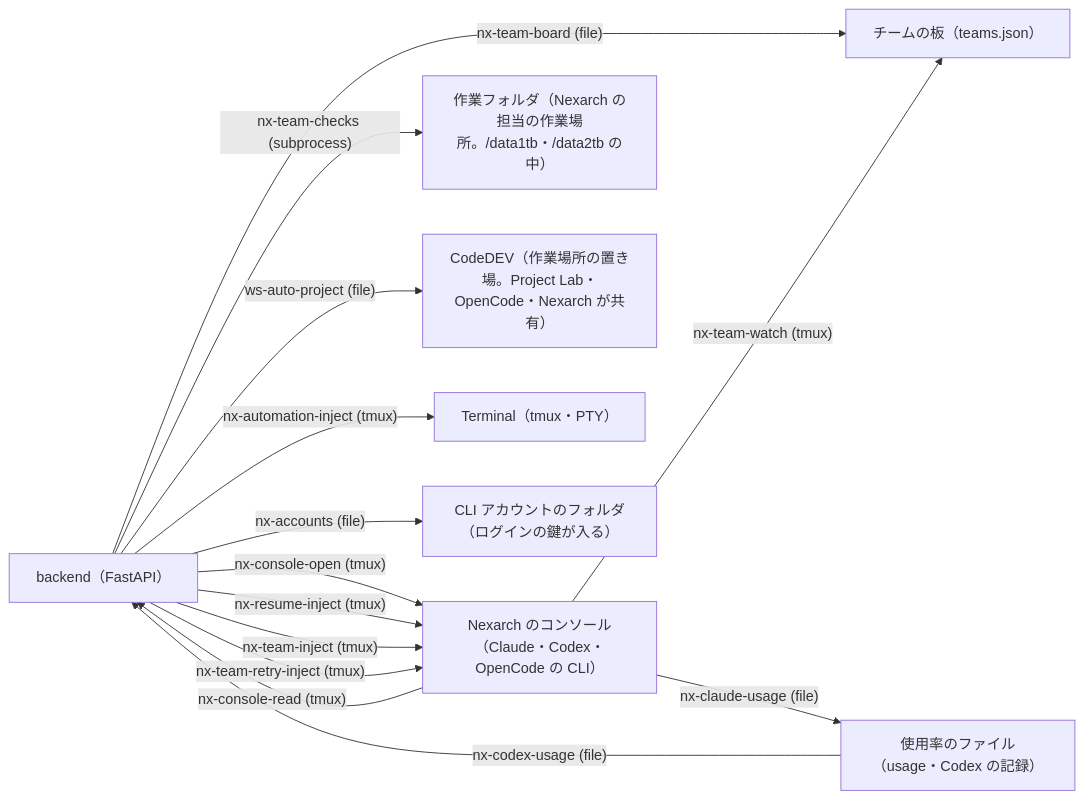
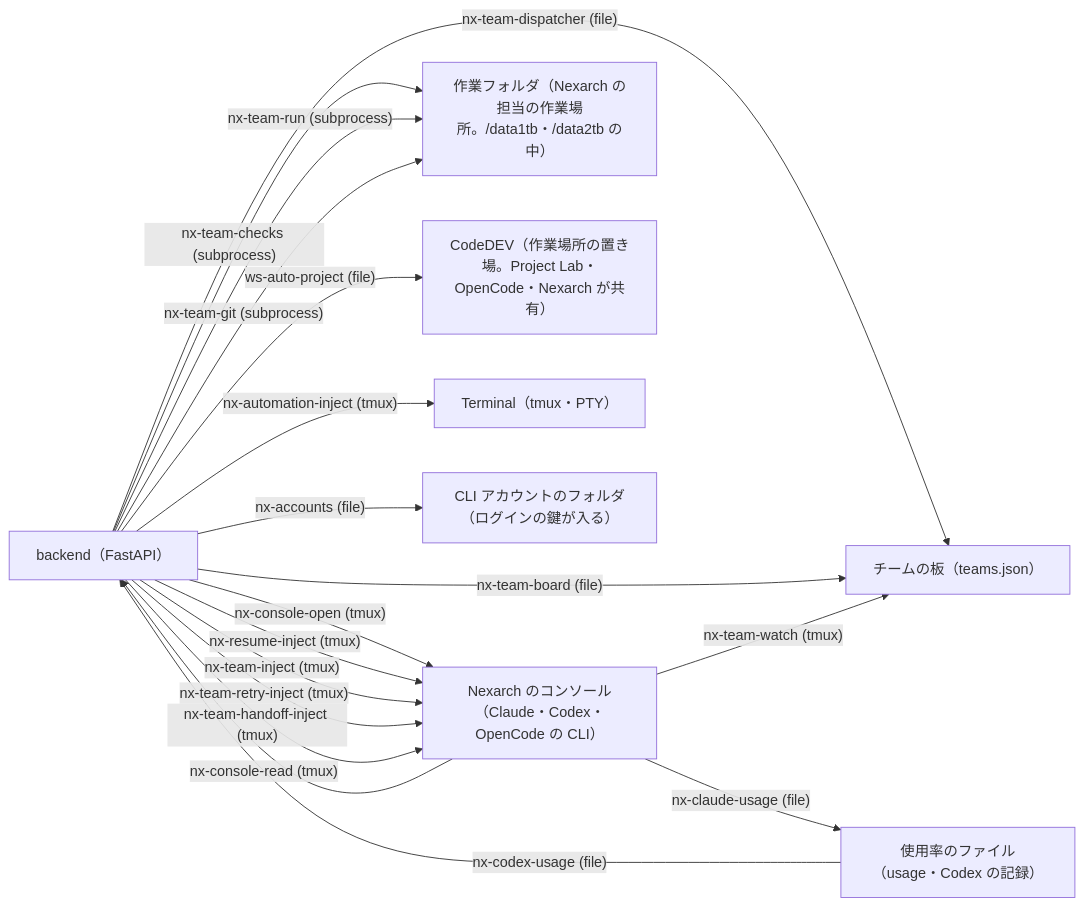
Before and after one commit to souten-yd/ControlDeck: the fifth of 9 diagrams in docs/ROUTE-MAP.md, drawn with Mermaid. The commit also changed other lines of this file and 8 other files, not shown here.

````diff
--- a/docs/ROUTE-MAP.md
+++ b/docs/ROUTE-MAP.md
@@ -190,24 +190,28 @@
 ```mermaid
 flowchart LR
   backend["backend（FastAPI）"]
   console["Nexarch のコンソール（Claude・Codex・OpenCode の CLI）"]
   workdir["作業フォルダ（Nexarch の担当の作業場所。/data1tb・/data2tb の中）"]
+  board["チームの板（teams.json）"]
   codedev["CodeDEV（作業場所の置き場。Project Lab・OpenCode・Nexarch が共有）"]
   terminal["Terminal（tmux・PTY）"]
-  board["チームの板（teams.json）"]
   usage_files["使用率のファイル（usage・Codex の記録）"]
   cli_accounts["CLI アカウントのフォルダ（ログインの鍵が入る）"]
   backend -->|"nx-console-open (tmux)"| console
   console -->|"nx-console-read (tmux)"| backend
   backend -->|"nx-resume-inject (tmux)"| console
   backend -->|"nx-team-inject (tmux)"| console
   backend -->|"nx-team-checks (subprocess)"| workdir
   backend -->|"nx-team-retry-inject (tmux)"| console
+  backend -->|"nx-team-run (subprocess)"| workdir
+  backend -->|"nx-team-git (subprocess)"| workdir
+  backend -->|"nx-team-handoff-inject (tmux)"| console
+  backend -->|"nx-team-dispatcher (file)"| board
   backend -->|"ws-auto-project (file)"| codedev
   backend -->|"nx-automation-inject (tmux)"| terminal
   backend -->|"nx-team-board (file)"| board
   console -->|"nx-team-watch (tmux)"| board
   console -->|"nx-claude-usage (file)"| usage_files
   usage_files -->|"nx-codex-usage (file)"| backend
   backend -->|"nx-accounts (file)"| cli_accounts
 ```
````
